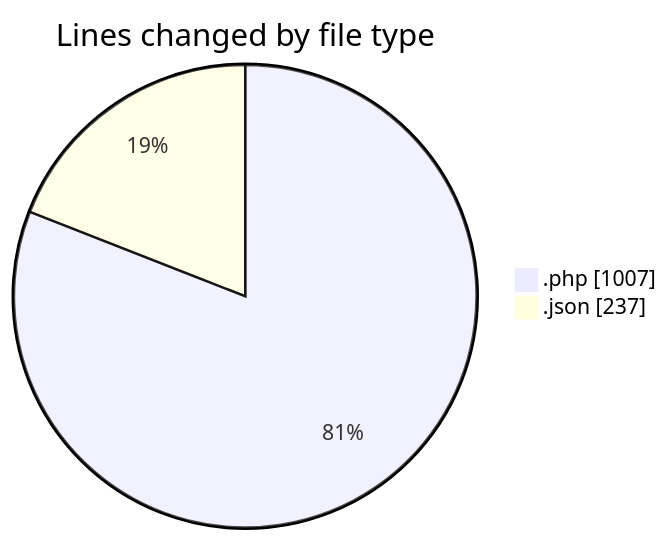
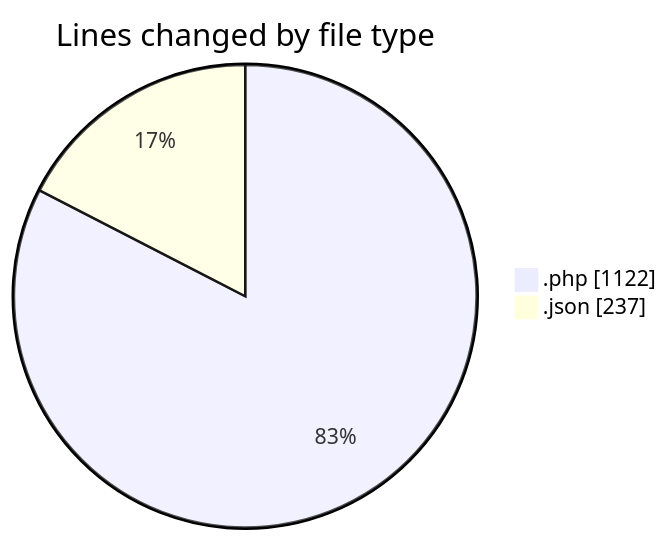
One commit to idhammustaqopulfikri/code-tracking changed the first of 2 diagrams in 2025-06-02/studio-backend/README.md. Above: the diagram before and after it, drawn with Mermaid. The commit also changed other lines of this file and 1 other file, not shown here.

````diff
--- a/2025-06-02/studio-backend/README.md
+++ b/2025-06-02/studio-backend/README.md
@@ -34,6 +35,6 @@
 ```mermaid
 pie showData
 title Lines changed by file type
-".php" : 1007
+".php" : 1122
 ".json" : 237
 ```
````
